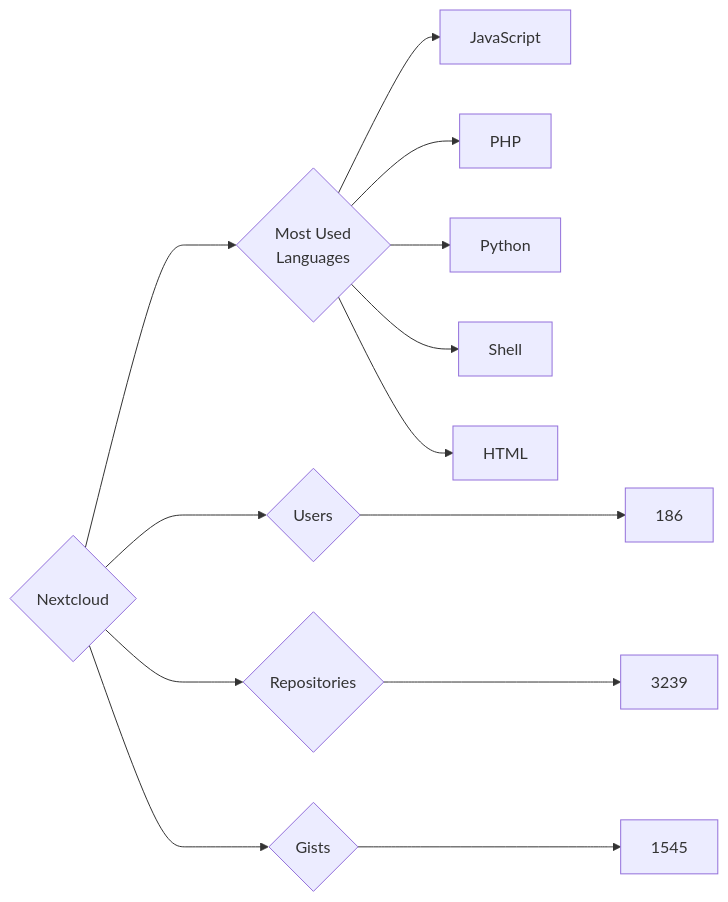
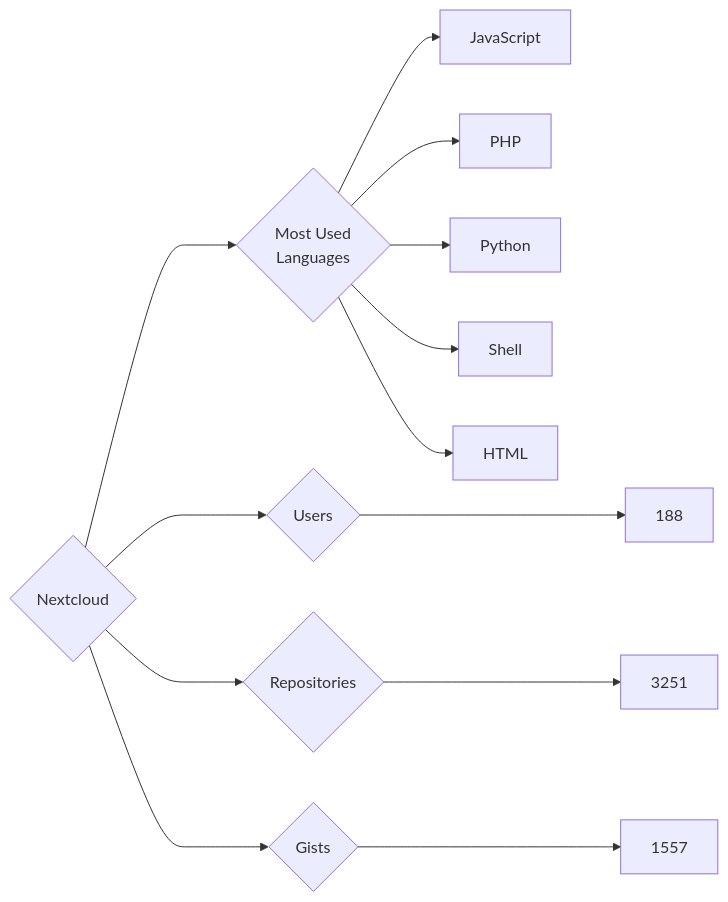
One commit to trickest/insiders changed the diagram in targets/Nextcloud/README.md. Above: the diagram before and after it, drawn with Mermaid. The commit also changed 995 other files, not shown here.

````diff
--- a/targets/Nextcloud/README.md
+++ b/targets/Nextcloud/README.md
@@ -3,13 +3,13 @@
 ```mermaid
 graph LR
 COMPANY_NAME{Nextcloud}
-COMPANY_NAME ---> U{Users} ---> UN[186]
-COMPANY_NAME ---> R{Repositories} ---> RN[3239]
-COMPANY_NAME ---> G{Gists} ---> GN[1545]
+COMPANY_NAME ---> U{Users} ---> UN[188]
+COMPANY_NAME ---> R{Repositories} ---> RN[3251]
+COMPANY_NAME ---> G{Gists} ---> GN[1557]
 COMPANY_NAME ---> ML{Most Used<br>Languages}
 ML --> JavaScript[JavaScript]
 ML --> PHP[PHP]
 ML --> Python[Python]
 ML --> Shell[Shell]
 ML --> HTML[HTML]
 ```
````
